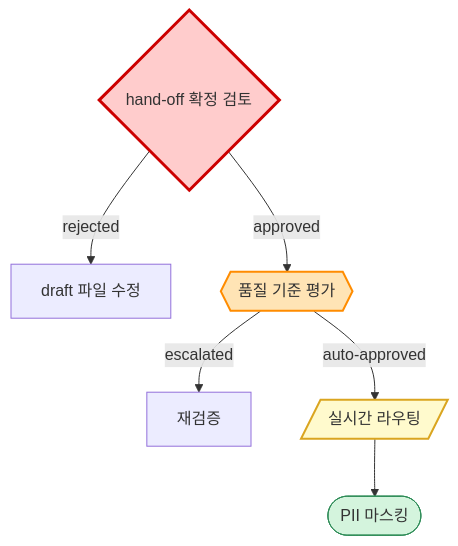
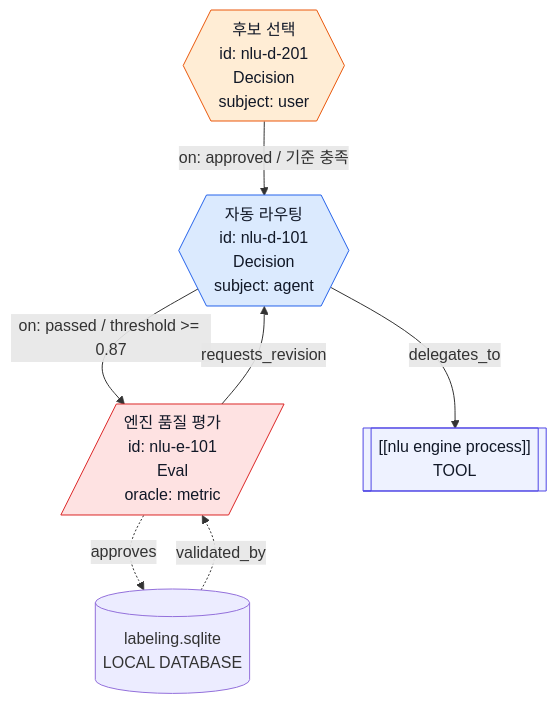
The diagram in skills/mso-workflow-design/references/gate-levels.md (WMJOON/multi-swarm-orchestrator), drawn with Mermaid before and after one commit. The commit also changed other lines of this file and 34 other files, not shown here.

````diff
--- a/skills/mso-workflow-design/references/gate-levels.md
+++ b/skills/mso-workflow-design/references/gate-levels.md
@@ -147,13 +79,21 @@
 ```mermaid
 flowchart TD
-    A{hand-off 확정 검토}:::hitl -->|rejected| B[draft 파일 수정]
-    A -->|approved| C{{품질 기준 평가}}:::hitlfe
-    C -->|escalated| D[재검증]
-    C -->|auto-approved| E[/실시간 라우팅/]:::hotl
-    E --> F([PII 마스킹]):::hootl
+    A{{"후보 선택<br>id: nlu-d-201<br>Decision<br>subject: user"}}:::decision
+    B{{"자동 라우팅<br>id: nlu-d-101<br>Decision<br>subject: agent"}}:::decision
+    C[/"엔진 품질 평가<br>id: nlu-e-101<br>Eval<br>oracle: metric"/]:::eval
+    T[["[[nlu engine process]]<br>TOOL"]]:::tool
+    D[("labeling.sqlite<br>LOCAL DATABASE")]
 
-    classDef hitl fill:#ffcccc,stroke:#cc0000,stroke-width:3px
-    classDef hitlfe fill:#ffe4b5,stroke:#ff8c00,stroke-width:2px
-    classDef hotl fill:#fffacd,stroke:#daa520,stroke-width:2px
-    classDef hootl fill:#d4f4dd,stroke:#2e8b57,stroke-width:1px
+    A -->|on: approved / 기준 충족| B
+    B -->|on: passed / threshold >= 0.87| C
+    D -.->|validated_by| C
+    C -->|requests_revision| B
+    C -.->|approves| D
+    B -->|delegates_to| T
+
+    classDef decision fill:#f3f4f6,stroke:#6b7280,color:#111827
+    classDef eval fill:#fee2e2,stroke:#dc2626,color:#111827
+    classDef tool fill:#eef2ff,stroke:#4f46e5,color:#111827
+    style A fill:#ffedd5,stroke:#ea580c,color:#111827
+    style B fill:#dbeafe,stroke:#2563eb,color:#111827
 ```
````
